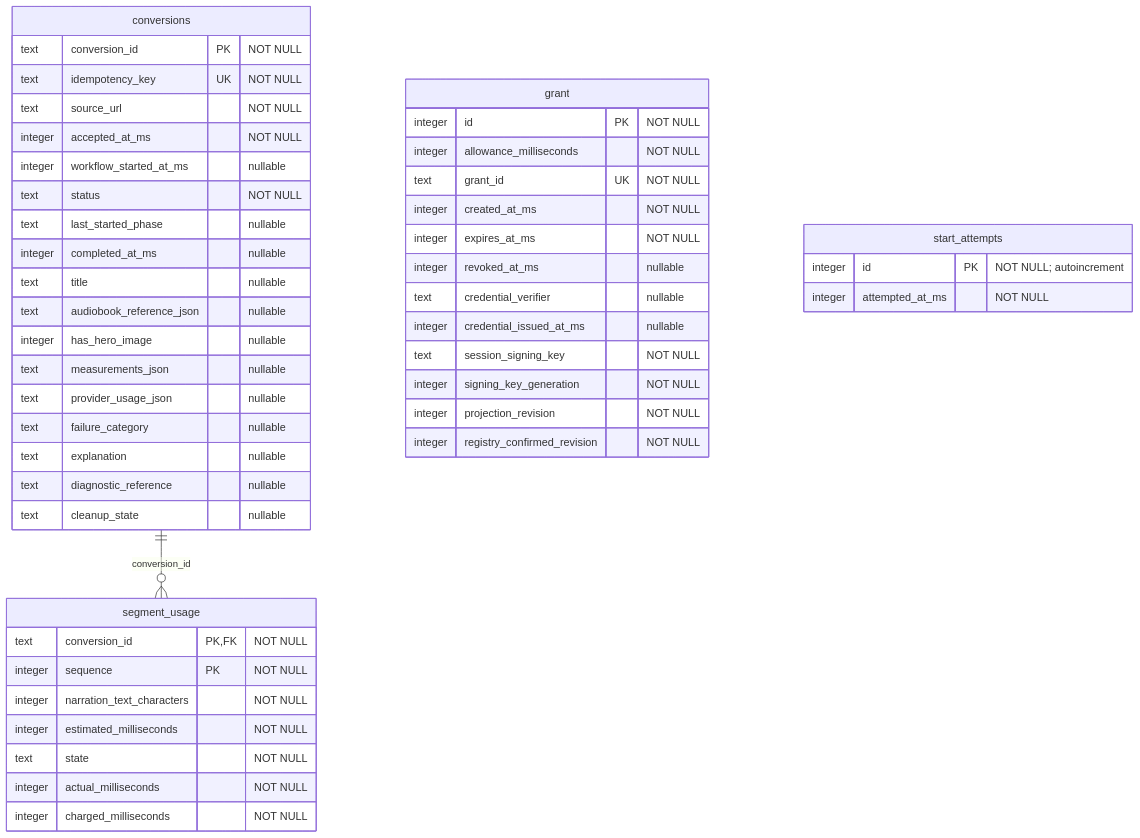
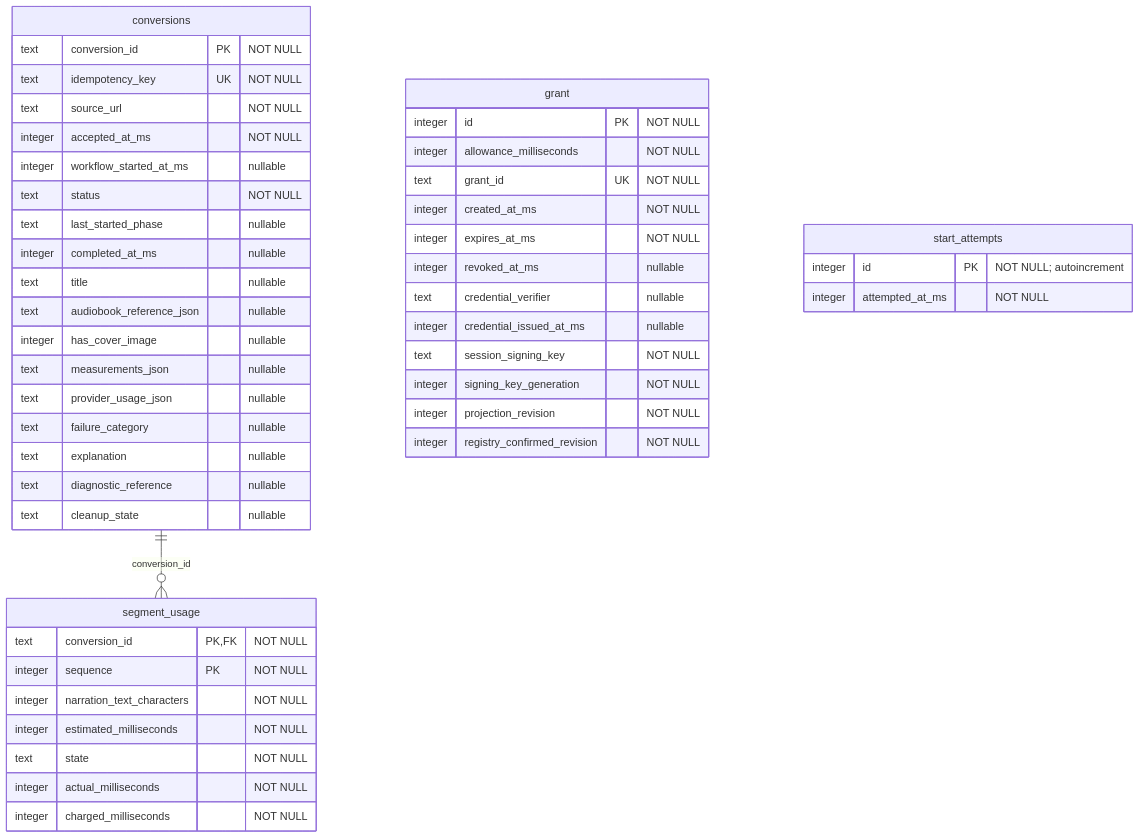
One commit to patricktree/cup changed the second of 4 diagrams in docs/architecture/durable-object-storage.md. Above: the diagram before and after it, drawn with Mermaid. The commit also changed 40 other files, not shown here.

First line of the commit message:
refactor(conversion)!: rename hero image to cover image

````diff
--- a/docs/architecture/durable-object-storage.md
+++ b/docs/architecture/durable-object-storage.md
@@ -137,50 +137,50 @@
 ```mermaid
 erDiagram
     conversions {
         text conversion_id PK "NOT NULL"
         text idempotency_key UK "NOT NULL"
         text source_url "NOT NULL"
         integer accepted_at_ms "NOT NULL"
         integer workflow_started_at_ms "nullable"
         text status "NOT NULL"
         text last_started_phase "nullable"
         integer completed_at_ms "nullable"
         text title "nullable"
         text audiobook_reference_json "nullable"
-        integer has_hero_image "nullable"
+        integer has_cover_image "nullable"
         text measurements_json "nullable"
         text provider_usage_json "nullable"
         text failure_category "nullable"
         text explanation "nullable"
         text diagnostic_reference "nullable"
         text cleanup_state "nullable"
     }
     grant {
         integer id PK "NOT NULL"
         integer allowance_milliseconds "NOT NULL"
         text grant_id UK "NOT NULL"
         integer created_at_ms "NOT NULL"
         integer expires_at_ms "NOT NULL"
         integer revoked_at_ms "nullable"
         text credential_verifier "nullable"
         integer credential_issued_at_ms "nullable"
         text session_signing_key "NOT NULL"
         integer signing_key_generation "NOT NULL"
         integer projection_revision "NOT NULL"
         integer registry_confirmed_revision "NOT NULL"
     }
     segment_usage {
         text conversion_id PK, FK "NOT NULL"
         integer sequence PK "NOT NULL"
         integer narration_text_characters "NOT NULL"
         integer estimated_milliseconds "NOT NULL"
         text state "NOT NULL"
         integer actual_milliseconds "NOT NULL"
         integer charged_milliseconds "NOT NULL"
     }
     start_attempts {
         integer id PK "NOT NULL; autoincrement"
         integer attempted_at_ms "NOT NULL"
     }
     conversions ||--o{ segment_usage : "conversion_id"
 ```
````
